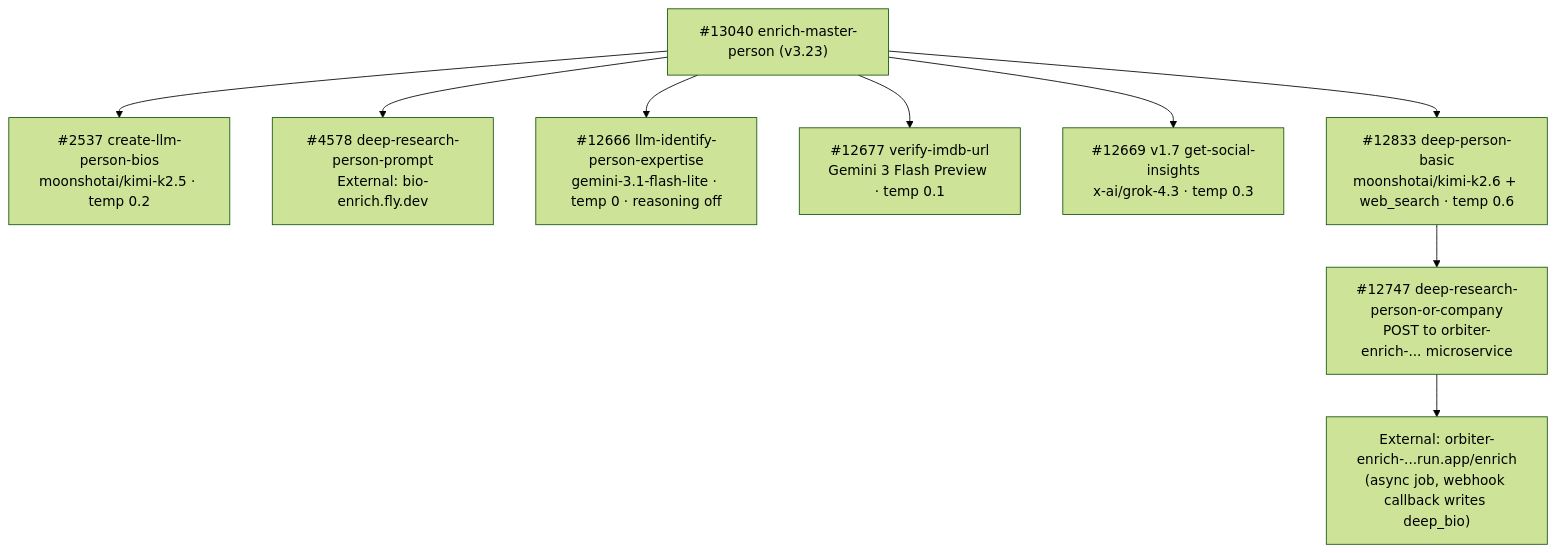
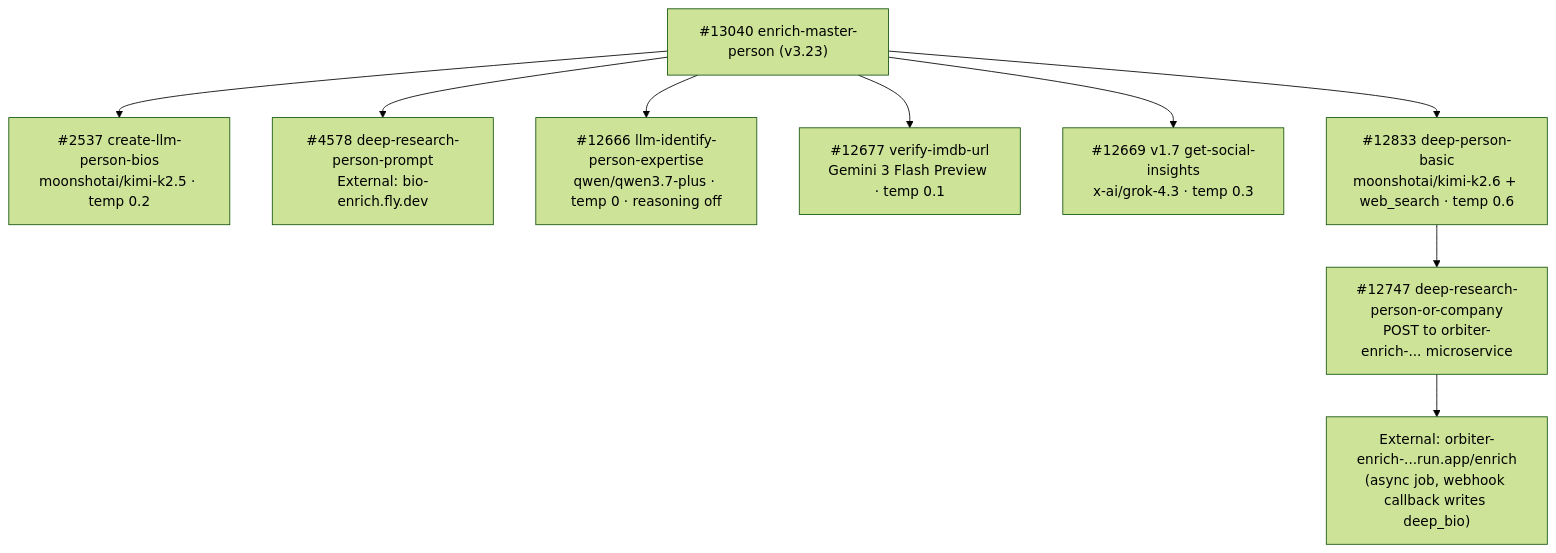
Before and after one commit to M-Pederson/docs: the diagram in guides/enrichment/person-pipeline/model-summary.mdx, drawn with Mermaid (forest theme). The commit also changed other lines of this file and 17 other files, not shown here.

````diff
--- a/guides/enrichment/person-pipeline/model-summary.mdx
+++ b/guides/enrichment/person-pipeline/model-summary.mdx
@@ -96,11 +110,11 @@
 ```mermaid
 graph TD
     A["#13040 enrich-master-person (v3.23)"] --> B["#2537 create-llm-person-bios<br/>moonshotai/kimi-k2.5 · temp 0.2"]
     A --> C["#4578 deep-research-person-prompt<br/>External: bio-enrich.fly.dev"]
-    A --> D["#12666 llm-identify-person-expertise<br/>gemini-3.1-flash-lite · temp 0 · reasoning off"]
+    A --> D["#12666 llm-identify-person-expertise<br/>qwen/qwen3.7-plus · temp 0 · reasoning off"]
     A --> E["#12677 verify-imdb-url<br/>Gemini 3 Flash Preview · temp 0.1"]
     A --> F["#12669 v1.7 get-social-insights<br/>x-ai/grok-4.3 · temp 0.3"]
     A --> G["#12833 deep-person-basic<br/>moonshotai/kimi-k2.6 + web_search · temp 0.6"]
     G --> H["#12747 deep-research-person-or-company<br/>POST to orbiter-enrich-... microservice"]
     H --> I["External: orbiter-enrich-...run.app/enrich<br/>(async job, webhook callback writes deep_bio)"]
 ```
````
